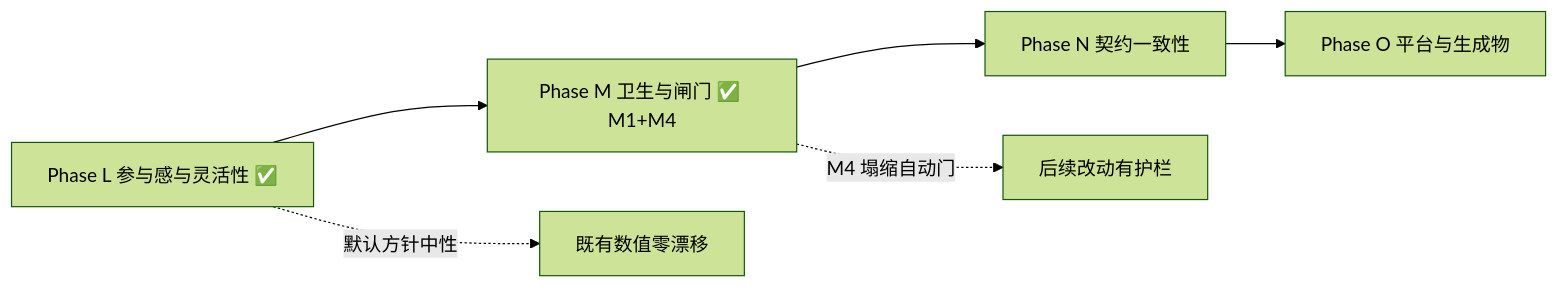
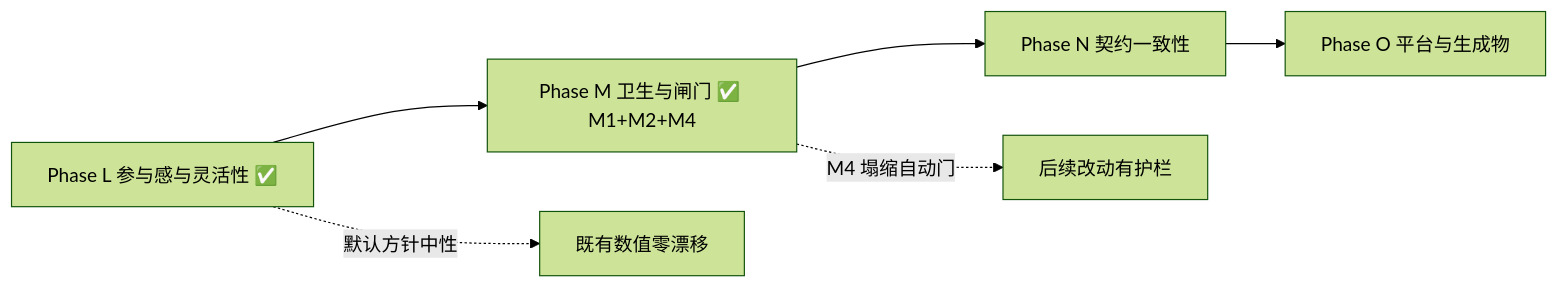
The diagram in docs/ROADMAP.md (reney-0202/a-simple-world-map), drawn with Mermaid (forest theme) before and after one commit. The commit also changed other lines of this file and 11 other files, not shown here.

````diff
--- a/docs/ROADMAP.md
+++ b/docs/ROADMAP.md
@@ -213,8 +248,8 @@
 ```mermaid
 graph LR
-  L[Phase L 参与感与灵活性 ✅] --> M[Phase M 卫生与闸门 ✅ M1+M4]
+  L[Phase L 参与感与灵活性 ✅] --> M[Phase M 卫生与闸门 ✅ M1+M2+M4]
   M --> N[Phase N 契约一致性]
   N --> O[Phase O 平台与生成物]
   L -.->|默认方针中性| B1[既有数值零漂移]
   M -.->|M4 塌缩自动门| B2[后续改动有护栏]
 ```
````
